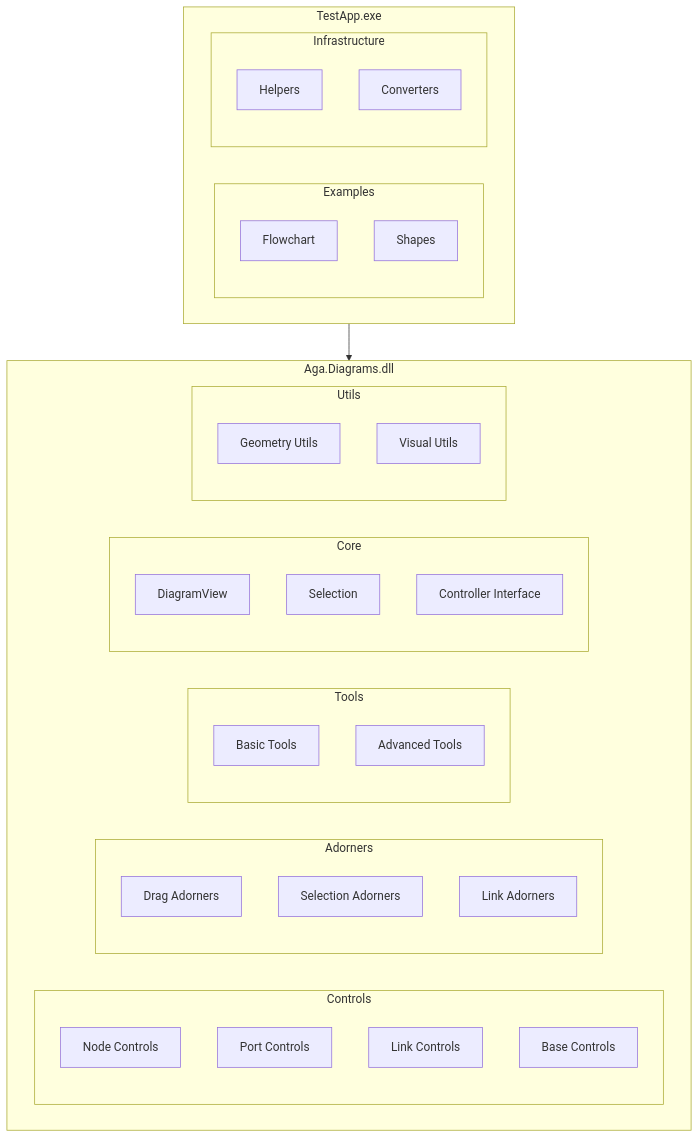
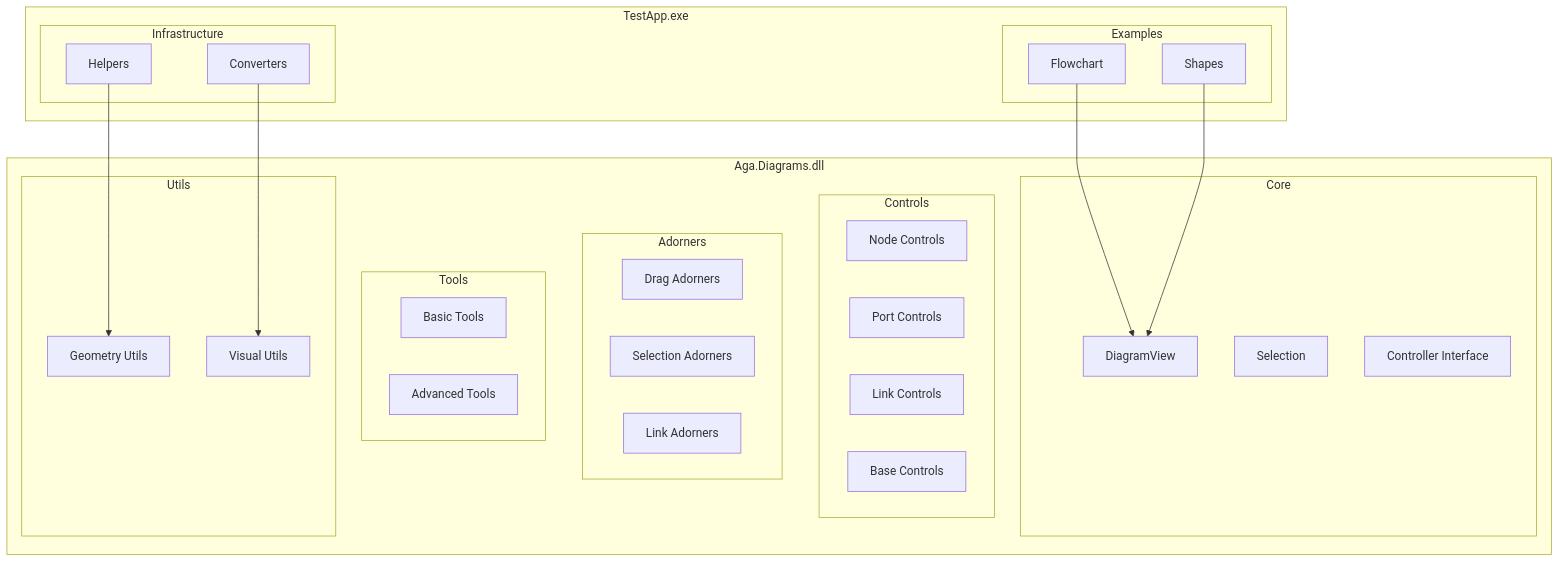
One commit to zhangzhenxi11/CSharp_LearningNote changed the fourth of 9 diagrams in Wpf/WpfDiagram-master/架构图.md. Above: the diagram before and after it, drawn with Mermaid. The commit also changed other lines of this file and 32 other files, not shown here.

Commit message:
修改wpfDiagram

````diff
--- a/Wpf/WpfDiagram-master/架构图.md
+++ b/Wpf/WpfDiagram-master/架构图.md
@@ -164,47 +164,50 @@
 ```mermaid
 graph TB
     subgraph "Aga.Diagrams.dll"
         subgraph "Controls"
-            NC[Node Controls]
-            PC[Port Controls]
-            LC[Link Controls]
-            BC[Base Controls]
+            NC["Node Controls"]
+            PC["Port Controls"]
+            LC["Link Controls"]
+            BC["Base Controls"]
         end
         
         subgraph "Adorners"
-            DA[Drag Adorners]
-            SA[Selection Adorners]
-            LA[Link Adorners]
+            DA["Drag Adorners"]
+            SA["Selection Adorners"]
+            LA["Link Adorners"]
         end
         
         subgraph "Tools"
-            BT[Basic Tools]
-            AT[Advanced Tools]
+            BT["Basic Tools"]
+            AT["Advanced Tools"]
         end
         
         subgraph "Core"
-            DV[DiagramView]
-            SEL[Selection]
-            CTRL[Controller Interface]
+            DV["DiagramView"]
+            SEL["Selection"]
+            CTRL["Controller Interface"]
         end
         
         subgraph "Utils"
-            GEO[Geometry Utils]
-            VIS[Visual Utils]
+            GEO["Geometry Utils"]
+            VIS["Visual Utils"]
         end
     end
     
     subgraph "TestApp.exe"
         subgraph "Examples"
-            FC[Flowchart]
-            SH[Shapes]
+            FC["Flowchart"]
+            SH["Shapes"]
         end
         
         subgraph "Infrastructure"
-            HELP[Helpers]
-            CONV[Converters]
+            HELP["Helpers"]
+            CONV["Converters"]
         end
     end
     
-    TestApp.exe --> Aga.Diagrams.dll
+    FC --> DV
+    SH --> DV
+    HELP --> GEO
+    CONV --> VIS
 ```
````
